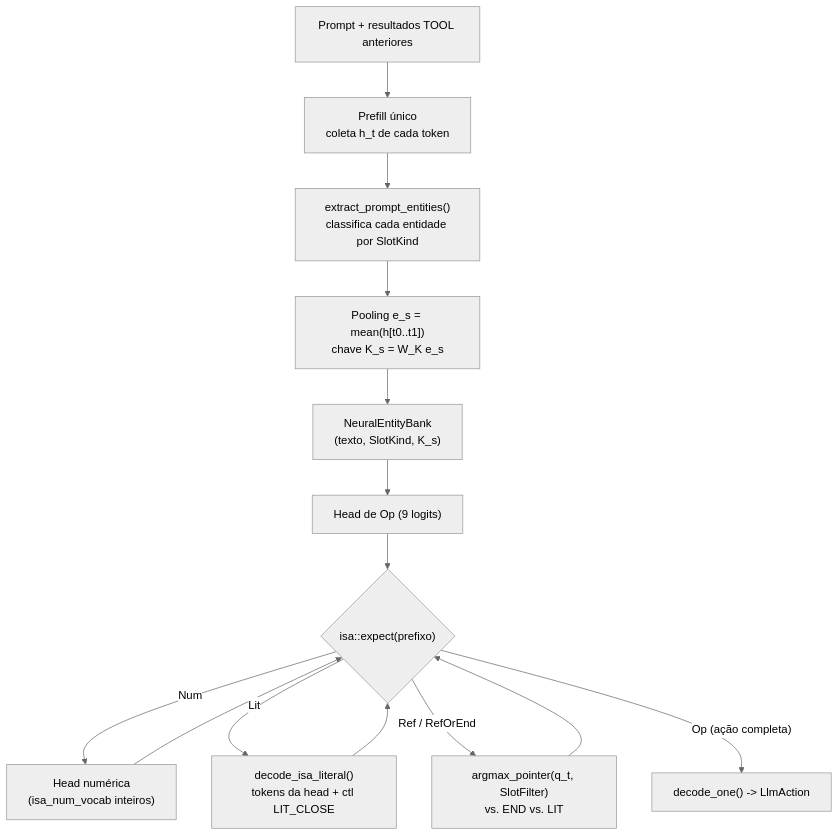
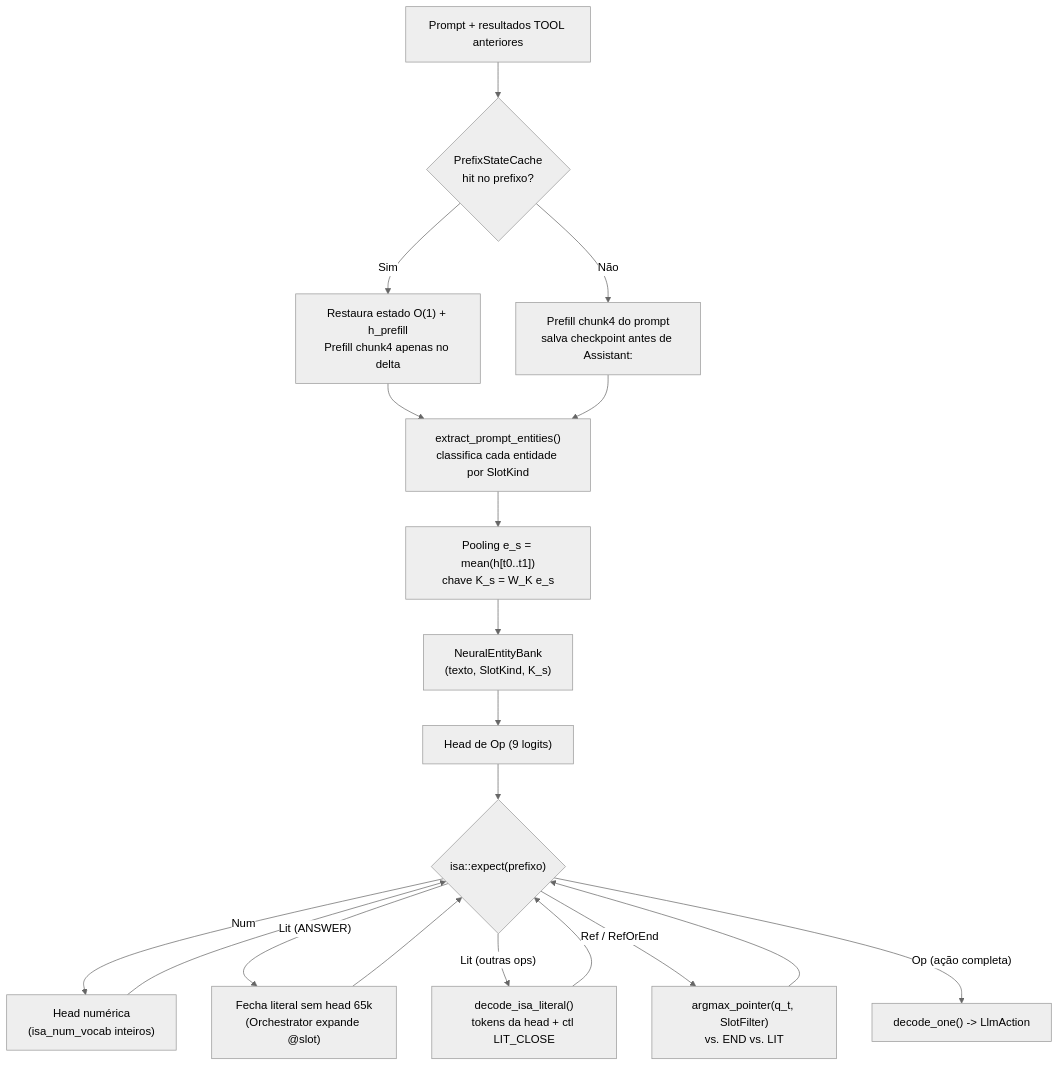
Before and after one commit to GenildoNogueira/neural-sym: the third of 5 diagrams in README.md, drawn with Mermaid (neutral theme). The commit also changed other lines of this file and 1 other file, not shown here.

````diff
--- a/README.md
+++ b/README.md
@@ -146,17 +150,22 @@
 ```mermaid
 flowchart TB
-    PROMPT["Prompt + resultados TOOL anteriores"] --> PREFILL["Prefill único<br/>coleta h_t de cada token"]
-    PREFILL --> EXTRACT["extract_prompt_entities()<br/>classifica cada entidade por SlotKind"]
+    PROMPT["Prompt + resultados TOOL anteriores"] --> CACHE{"PrefixStateCache<br/>hit no prefixo?"}
+    CACHE -- Sim --> DELTA["Restaura estado O(1) + h_prefill<br/>Prefill chunk4 apenas no delta"]
+    CACHE -- Não --> FULL["Prefill chunk4 do prompt<br/>salva checkpoint antes de Assistant:"]
+    DELTA --> EXTRACT["extract_prompt_entities()<br/>classifica cada entidade por SlotKind"]
+    FULL --> EXTRACT
     EXTRACT --> POOL["Pooling e_s = mean(h[t0..t1])<br/>chave K_s = W_K e_s"]
     POOL --> BANK["NeuralEntityBank<br/>(texto, SlotKind, K_s)"]
 
     BANK --> OP["Head de Op (9 logits)"]
     OP --> EXP{"isa::expect(prefixo)"}
     EXP -- "Num" --> NUM["Head numérica<br/>(isa_num_vocab inteiros)"]
-    EXP -- "Lit" --> LIT["decode_isa_literal()<br/>tokens da head + ctl LIT_CLOSE"]
+    EXP -- "Lit (ANSWER)" --> SLOT["Fecha literal sem head 65k<br/>(Orchestrator expande @slot)"]
+    EXP -- "Lit (outras ops)" --> LIT["decode_isa_literal()<br/>tokens da head + ctl LIT_CLOSE"]
     EXP -- "Ref / RefOrEnd" --> PTR["argmax_pointer(q_t, SlotFilter)<br/>vs. END vs. LIT"]
     NUM --> EXP
+    SLOT --> EXP
     LIT --> EXP
     PTR --> EXP
     EXP -- "Op (ação completa)" --> OUT["decode_one() -> LlmAction"]
 ```
````
